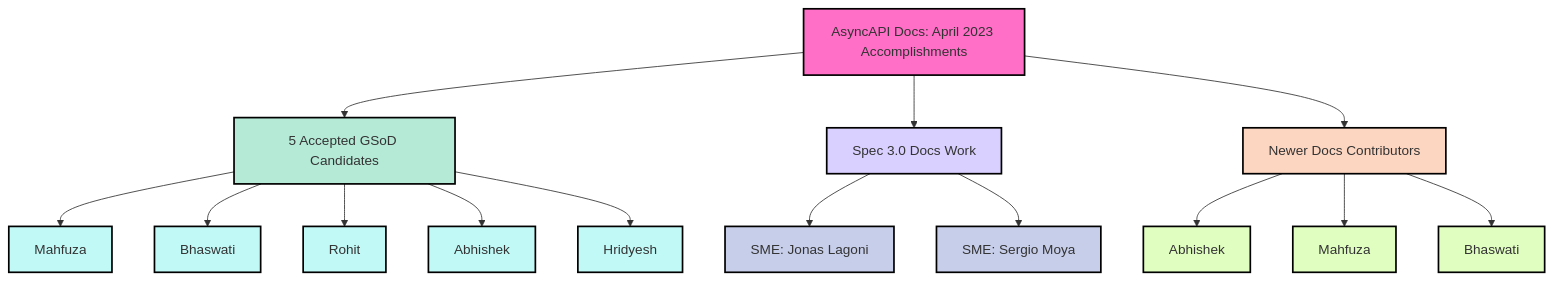
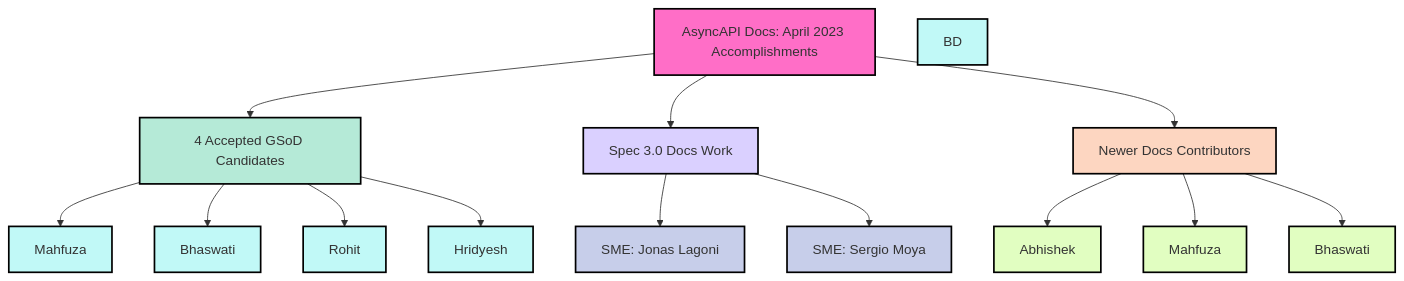
One commit to asyncapi/website changed the diagram in pages/blog/2023-April-docs-report.md. Above: the diagram before and after it, drawn with Mermaid. The commit also changed other lines of this file, not shown here.

Commit message:
updated due to Abhishek having to bow out

````diff
--- a/pages/blog/2023-April-docs-report.md
+++ b/pages/blog/2023-April-docs-report.md
@@ -77,32 +77,31 @@
 ```mermaid
 graph TD
 style A fill:#FF6EC7,stroke:#000000,stroke-width:2px;
 style B fill:#B5EAD7,stroke:#000000,stroke-width:2px;
 style C fill:#DAD0FF,stroke:#000000,stroke-width:2px;
 style D fill:#FDD6C1,stroke:#000000,stroke-width:2px; 
 style E fill:#C7CEEA,stroke:#000000,stroke-width:2px;
 style F fill:#C7CEEA,stroke:#000000,stroke-width:2px;
 style BA fill:#C1F9F7,stroke:#000000,stroke-width:2px;
 style BB fill:#C1F9F7,stroke:#000000,stroke-width:2px;
 style BC fill:#C1F9F7,stroke:#000000,stroke-width:2px;
 style BD fill:#C1F9F7,stroke:#000000,stroke-width:2px;
 style BE fill:#C1F9F7,stroke:#000000,stroke-width:2px;
 style DA fill:#E1FEC1,stroke:#000000,stroke-width:2px;
 style DB fill:#E1FEC1,stroke:#000000,stroke-width:2px;
 style DC fill:#E1FEC1,stroke:#000000,stroke-width:2px;
 
-    A[AsyncAPI Docs: April 2023 Accomplishments] --> B[5 Accepted GSoD Candidates]
+    A[AsyncAPI Docs: April 2023 Accomplishments] --> B[4 Accepted GSoD Candidates]
     A --> C[Spec 3.0 Docs Work]
     A --> D[Newer Docs Contributors]
     B --> BA[Mahfuza]
     B --> BB[Bhaswati]
     B --> BC[Rohit]
-    B --> BD[Abhishek]
     B --> BE[Hridyesh]
     C --> E[SME: Jonas Lagoni]
     C --> F[SME: Sergio Moya]
     D --> DA[Abhishek]
     D --> DB[Mahfuza]
     D --> DC[Bhaswati]
 
 ```
````
